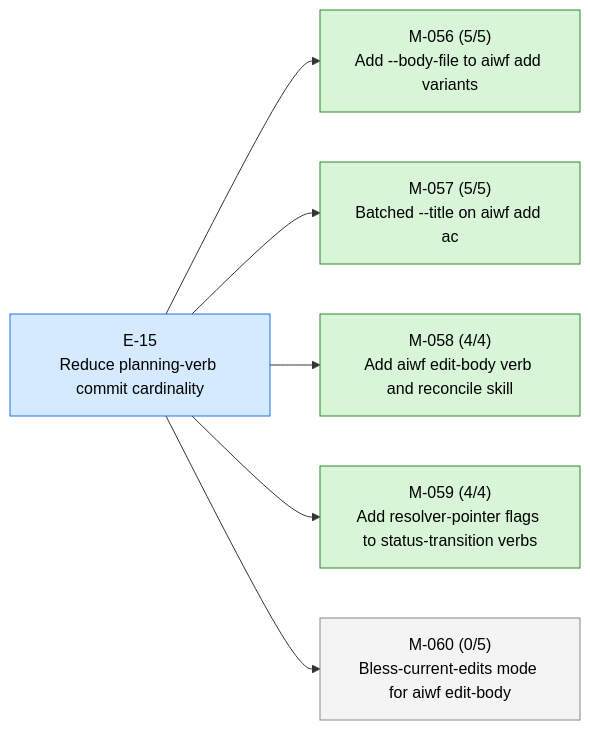
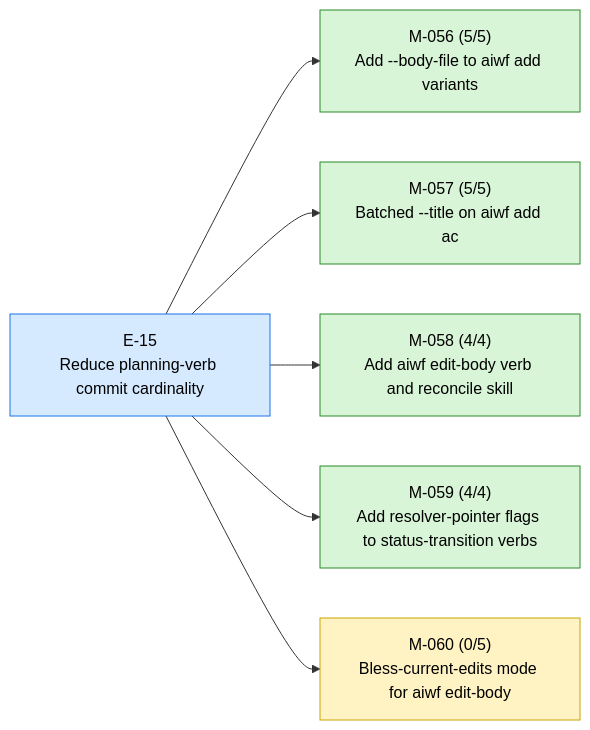
Before and after one commit to 23min/aiwf: the first of 3 diagrams in STATUS.md, drawn with Mermaid. The commit also changed other lines of this file and 1 other file, not shown here.

First line of the commit message:
aiwf promote M-060 draft -> in_progress

````diff
--- a/STATUS.md
+++ b/STATUS.md
@@ -15,20 +15,20 @@
 ```mermaid
 flowchart LR
   E_15["E-15<br/>Reduce planning-verb commit cardinality"]:::epic_active
   M_056["M-056 (5/5)<br/>Add --body-file to aiwf add variants"]:::ms_done
   E_15 --> M_056
   M_057["M-057 (5/5)<br/>Batched --title on aiwf add ac"]:::ms_done
   E_15 --> M_057
   M_058["M-058 (4/4)<br/>Add aiwf edit-body verb and reconcile skill"]:::ms_done
   E_15 --> M_058
   M_059["M-059 (4/4)<br/>Add resolver-pointer flags to status-transition verbs"]:::ms_done
   E_15 --> M_059
-  M_060["M-060 (0/5)<br/>Bless-current-edits mode for aiwf edit-body"]:::ms_draft
+  M_060["M-060 (0/5)<br/>Bless-current-edits mode for aiwf edit-body"]:::ms_in_progress
   E_15 --> M_060
   classDef epic_active fill:#d6eaff,stroke:#1a73e8,color:#000
   classDef epic_proposed fill:#f4f4f4,stroke:#888,color:#000
   classDef ms_done fill:#d8f5d8,stroke:#2a8a2a,color:#000
   classDef ms_in_progress fill:#fff3c4,stroke:#caa400,color:#000
   classDef ms_draft fill:#f4f4f4,stroke:#888,color:#000
   classDef ms_cancelled fill:#fbeaea,stroke:#c33,color:#000
 ```
````
